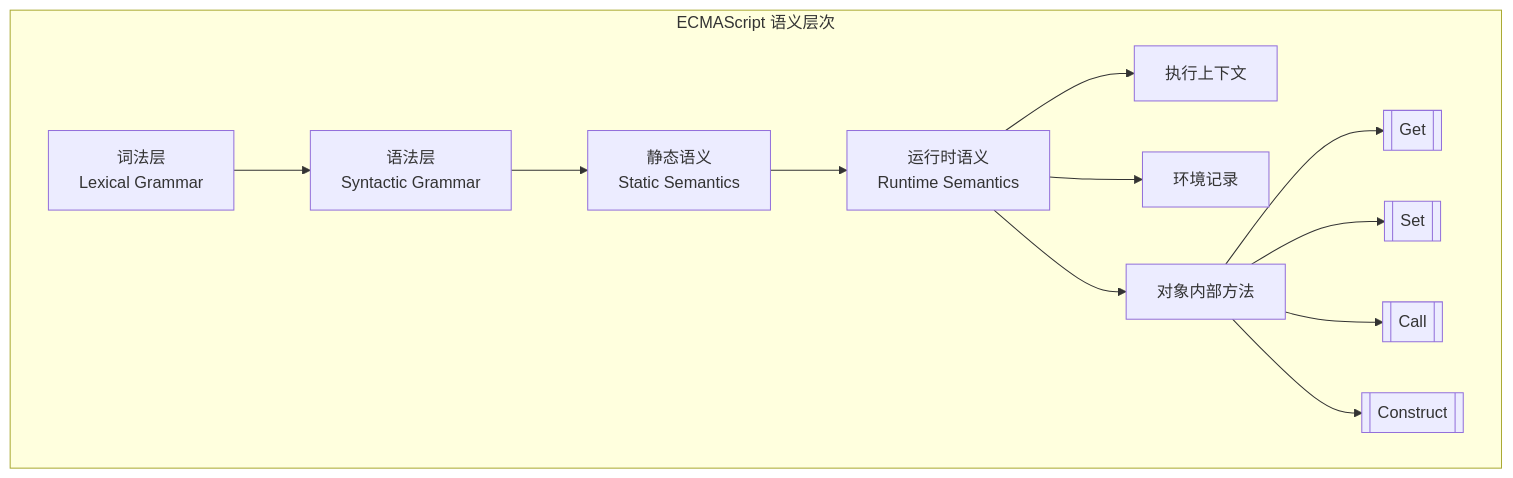
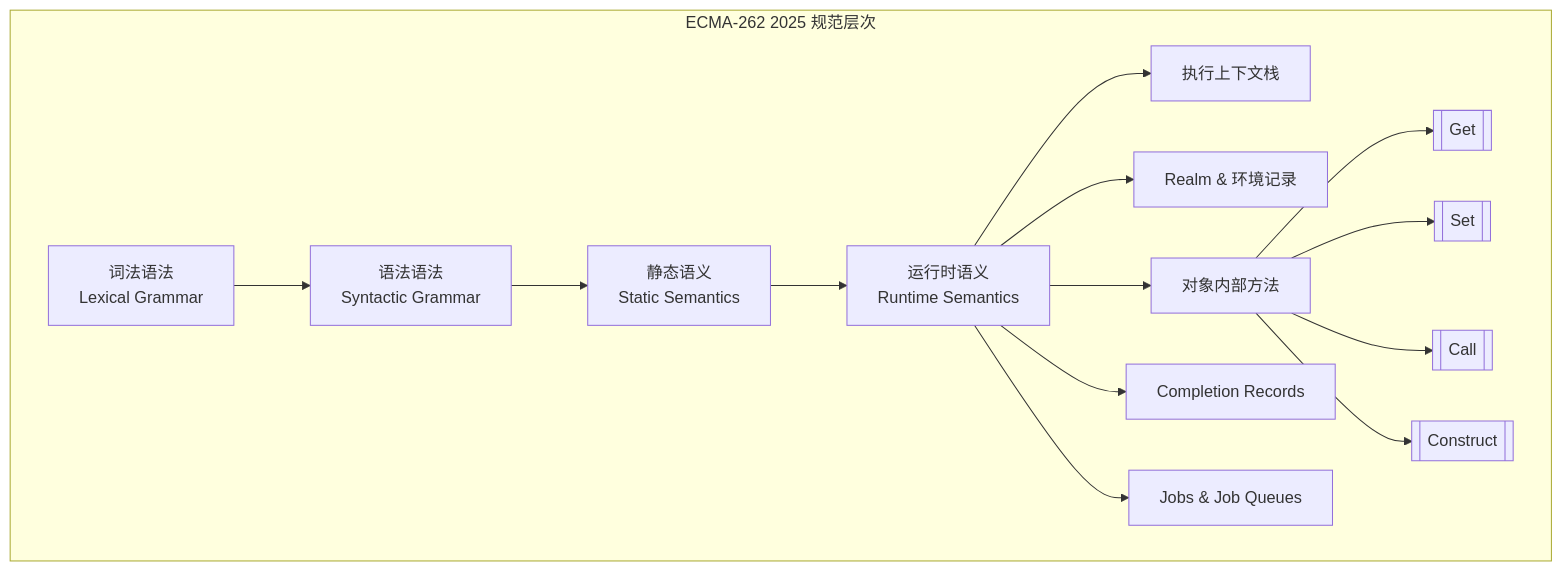
The fifth of 6 diagrams in JSTS全景综述/JS_TS_语言语义模型全面分析.md (AdaMartin18010/JavaScriptTypeScript), drawn with Mermaid before and after one commit. The commit also changed other lines of this file and 5 other files, not shown here.

````diff
--- a/JSTS全景综述/JS_TS_语言语义模型全面分析.md
+++ b/JSTS全景综述/JS_TS_语言语义模型全面分析.md
@@ -311,17 +336,19 @@
 ```mermaid
 graph TB
-    subgraph "ECMAScript 语义层次"
-    L1[词法层<br/>Lexical Grammar] --> L2[语法层<br/>Syntactic Grammar]
+    subgraph "ECMA-262 2025 规范层次"
+    L1[词法语法<br/>Lexical Grammar] --> L2[语法语法<br/>Syntactic Grammar]
     L2 --> L3[静态语义<br/>Static Semantics]
     L3 --> L4[运行时语义<br/>Runtime Semantics]
 
-    L4 --> R1[执行上下文]
-    L4 --> R2[环境记录]
+    L4 --> R1[执行上下文栈]
+    L4 --> R2[Realm & 环境记录]
     L4 --> R3[对象内部方法]
+    L4 --> R4[Completion Records]
+    L4 --> R5[Jobs & Job Queues]
 
     R3 --> M1[[Get]]
     R3 --> M2[[Set]]
     R3 --> M3[[Call]]
     R3 --> M4[[Construct]]
     end
 ```
````
